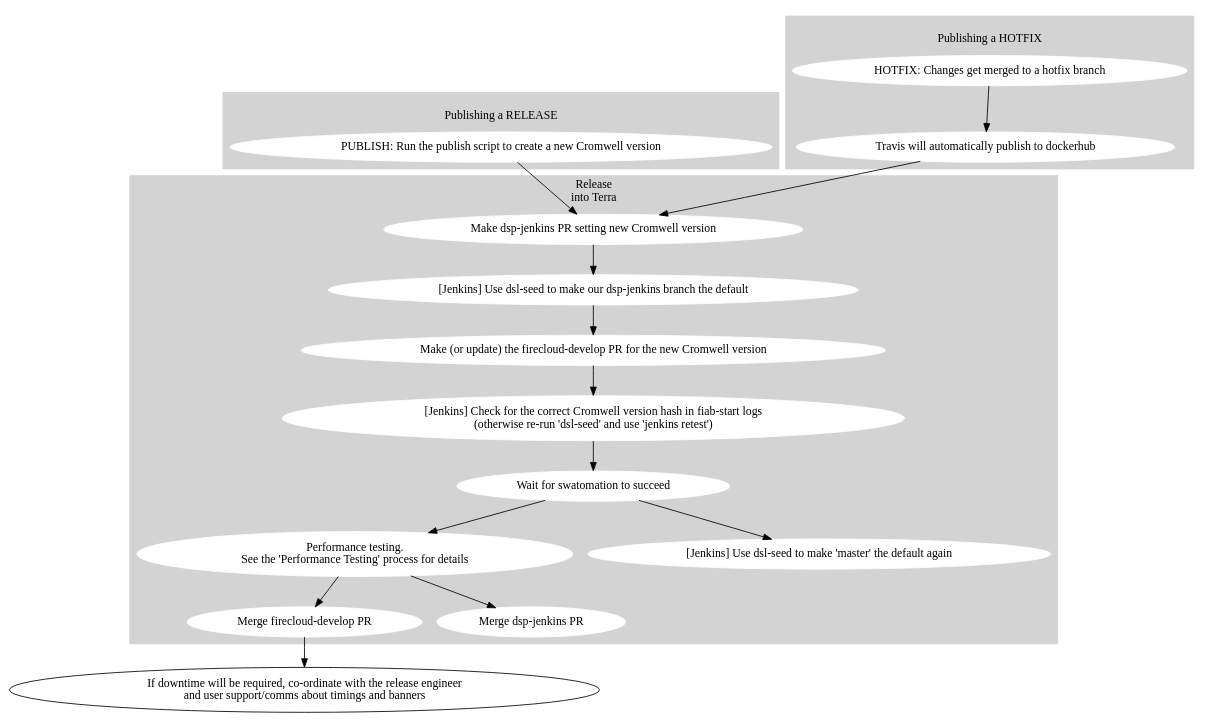
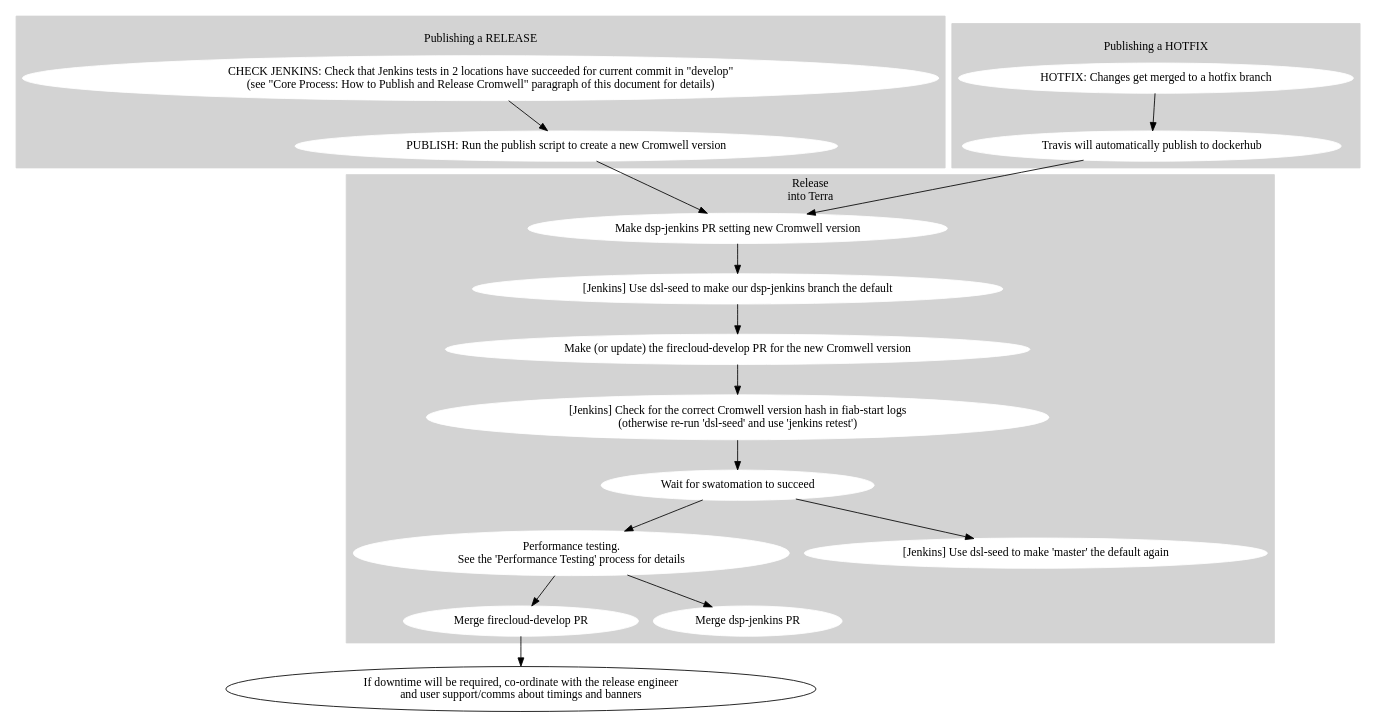
The diagram in processes/release_processes/firecloud-develop.dot (broadinstitute/cromwell), drawn with Graphviz before and after one commit. The commit also changed 1 other file, not shown here.

Commit message:
Updated release process to include checking on recent results of Jenkins tests prior to starting the release [BA-6551]

```diff
--- a/processes/release_processes/firecloud-develop.dot
+++ b/processes/release_processes/firecloud-develop.dot
@@ -1,69 +1,71 @@
 digraph {
 
   # Nodes
 
   subgraph cluster_0 {
     label="\lPublishing a RELEASE"
     style=filled
     node [style=filled,color=white];
     color="lightgrey"
 
+    check_jenkins_tests [shape=oval label="CHECK JENKINS: Check that Jenkins tests in 2 locations have succeeded for current commit in \"develop\"\n(see \"Core Process: How to Publish and Release Cromwell\" paragraph of this document for details)"];
     release_cromwell [shape=oval label="PUBLISH: Run the publish script to create a new Cromwell version"];
   }
 
   subgraph cluster_1 {
     label="\lPublishing a HOTFIX"
     style=filled
     node [style=filled,color=white];
     color="lightgrey"
 
     hotfix_changes [shape=oval label="HOTFIX: Changes get merged to a hotfix branch"];
     publish_hotfix [shape=oval label="Travis will automatically publish to dockerhub"];
   }
 
   subgraph cluster_2 {
     label="Release\ninto Terra"
     style=filled
     node [style=filled,color=white];
     color="lightgrey"
 
     fcdev_pr [shape=oval label="Make (or update) the firecloud-develop PR for the new Cromwell version"];
     confirm_cromwell_v [shape=oval label="[Jenkins] Check for the correct Cromwell version hash in fiab-start logs\n(otherwise re-run 'dsl-seed' and use 'jenkins retest')"];
     confirm_cromwell_v [shape=oval label="[Jenkins] Check for the correct Cromwell version hash in fiab-start logs\n(otherwise re-run 'dsl-seed' and use 'jenkins retest')"];
     fcdev_success [shape=oval label="Wait for swatomation to succeed"];
 
     fcdev_merge [shape=oval label="Merge firecloud-develop PR"];
 
     dspjenkins_PR [shape=oval label="Make dsp-jenkins PR setting new Cromwell version"];
     dspjenkins_merge [shape=oval label="Merge dsp-jenkins PR"];
 
     qa_perf [shape=oval label="Performance testing.\nSee the 'Performance Testing' process for details"];
 
     jenkins_set [shape=oval label="[Jenkins] Use dsl-seed to make our dsp-jenkins branch the default"];
     jenkins_reset [shape=oval label="[Jenkins] Use dsl-seed to make 'master' the default again"];
   }
 
   coordinate_release_timing [shape=oval label="If downtime will be required, co-ordinate with the release engineer\nand user support/comms about timings and banners"];
 
   # Edges
+  check_jenkins_tests -> release_cromwell
 
   hotfix_changes -> publish_hotfix
   publish_hotfix -> dspjenkins_PR
 
   release_cromwell -> dspjenkins_PR
 
   fcdev_pr -> confirm_cromwell_v
 
   dspjenkins_PR -> jenkins_set
 
   jenkins_set -> fcdev_pr
   confirm_cromwell_v -> fcdev_success
 
   fcdev_success -> jenkins_reset
   fcdev_success -> qa_perf
 
   qa_perf -> dspjenkins_merge
   qa_perf -> fcdev_merge
 
   fcdev_merge -> coordinate_release_timing
 }
```
